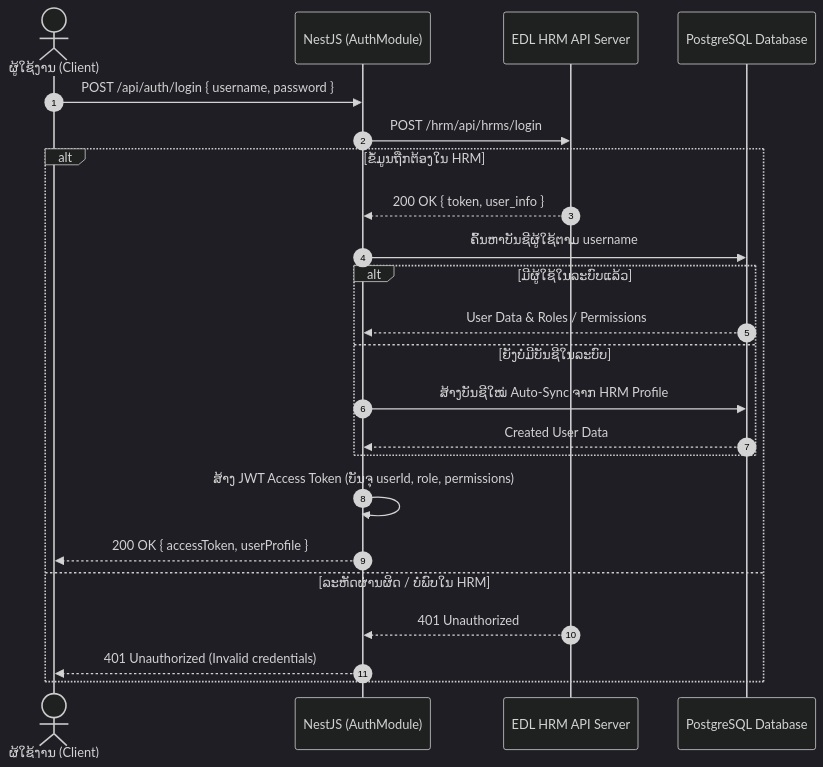
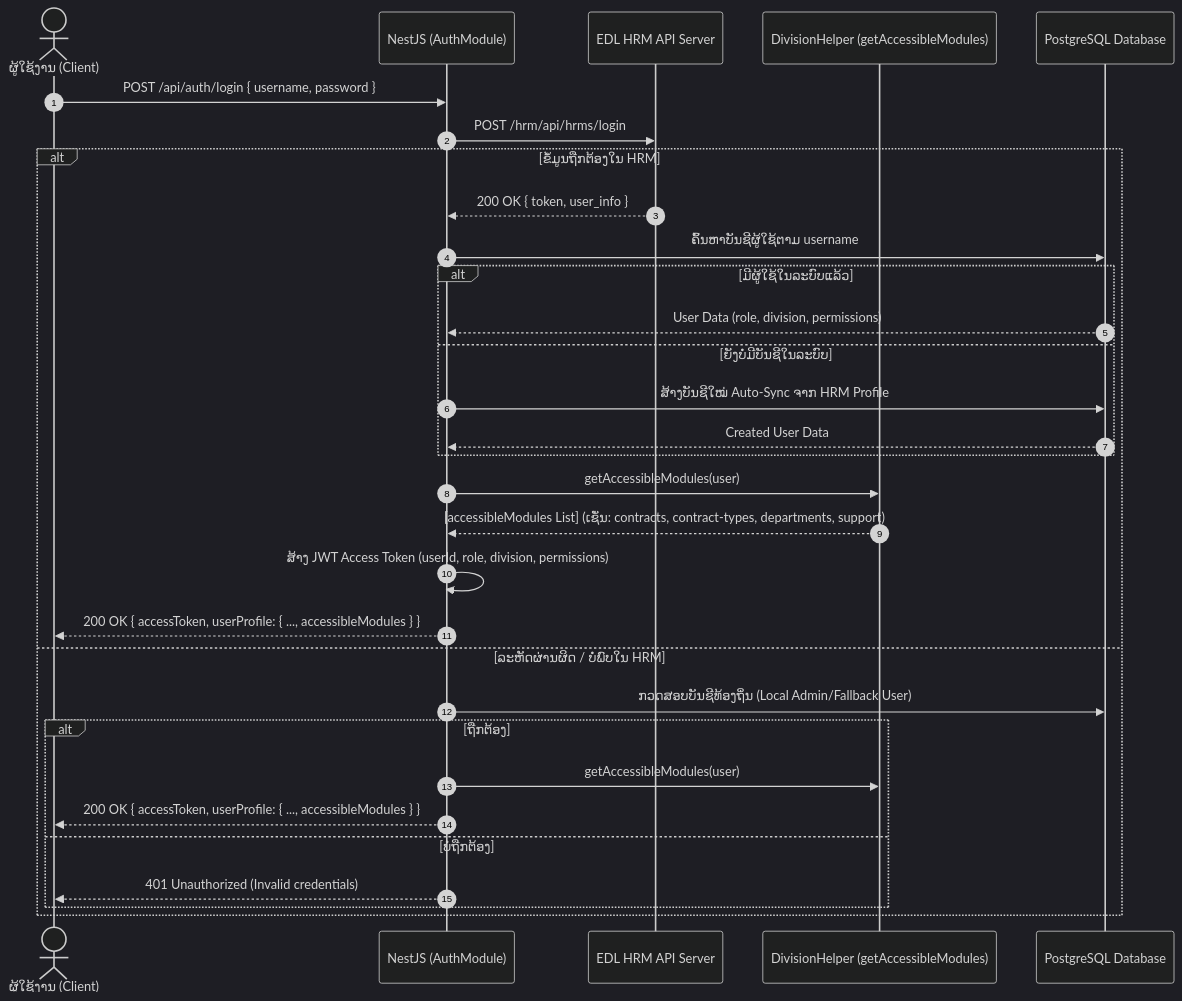
The third of 9 diagrams in SYSTEM_FLOW_AND_MODULES.md (SamMie341/legal-contract-backend), drawn with Mermaid (dark theme) before and after one commit. The commit also changed other lines of this file and 100 other files, not shown here.

````diff
--- a/SYSTEM_FLOW_AND_MODULES.md
+++ b/SYSTEM_FLOW_AND_MODULES.md
@@ -104,26 +130,34 @@
 ```mermaid
 sequenceDiagram
     autonumber
     actor User as ຜູ້ໃຊ້ງານ (Client)
     participant Nest as NestJS (AuthModule)
     participant HRM as EDL HRM API Server
+    participant Helper as DivisionHelper (getAccessibleModules)
     participant DB as PostgreSQL Database
 
     User->>Nest: POST /api/auth/login { username, password }
     Nest->>HRM: POST /hrm/api/hrms/login
     alt ຂໍ້ມູນຖືກຕ້ອງໃນ HRM
         HRM-->>Nest: 200 OK { token, user_info }
         Nest->>DB: ຄົ້ນຫາບັນຊີຜູ້ໃຊ້ຕາມ username
         alt ມີຜູ້ໃຊ້ໃນລະບົບແລ້ວ
-            DB-->>Nest: User Data & Roles / Permissions
+            DB-->>Nest: User Data (role, division, permissions)
         else ຍັງບໍ່ມີບັນຊີໃນລະບົບ
             Nest->>DB: ສ້າງບັນຊີໃໝ່ Auto-Sync ຈາກ HRM Profile
             DB-->>Nest: Created User Data
         end
-        Nest->>Nest: ສ້າງ JWT Access Token (ບັນຈຸ userId, role, permissions)
-        Nest-->>User: 200 OK { accessToken, userProfile }
+        Nest->>Helper: getAccessibleModules(user)
+        Helper-->>Nest: [accessibleModules List] (ເຊັ່ນ: contracts, contract-types, departments, support)
+        Nest->>Nest: ສ້າງ JWT Access Token (userId, role, division, permissions)
+        Nest-->>User: 200 OK { accessToken, userProfile: { ..., accessibleModules } }
     else ລະຫັດຜ່ານຜິດ / ບໍ່ພົບໃນ HRM
-        HRM-->>Nest: 401 Unauthorized
-        Nest-->>User: 401 Unauthorized (Invalid credentials)
+        Nest->>DB: ກວດສອບບັນຊີທ້ອງຖິ່ນ (Local Admin/Fallback User)
+        alt ຖືກຕ້ອງ
+            Nest->>Helper: getAccessibleModules(user)
+            Nest-->>User: 200 OK { accessToken, userProfile: { ..., accessibleModules } }
+        else ບໍ່ຖືກຕ້ອງ
+            Nest-->>User: 401 Unauthorized (Invalid credentials)
+        end
     end
 ```
````
